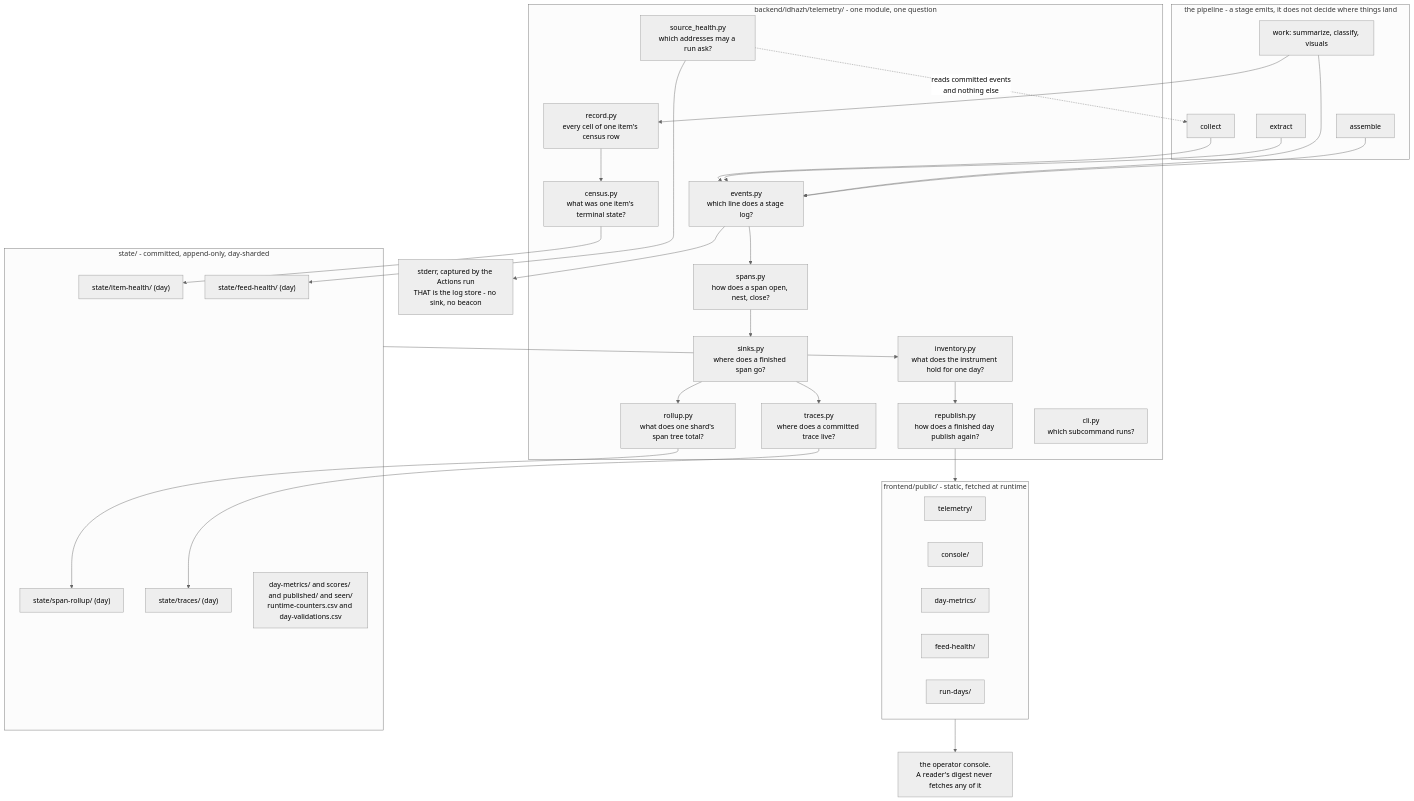
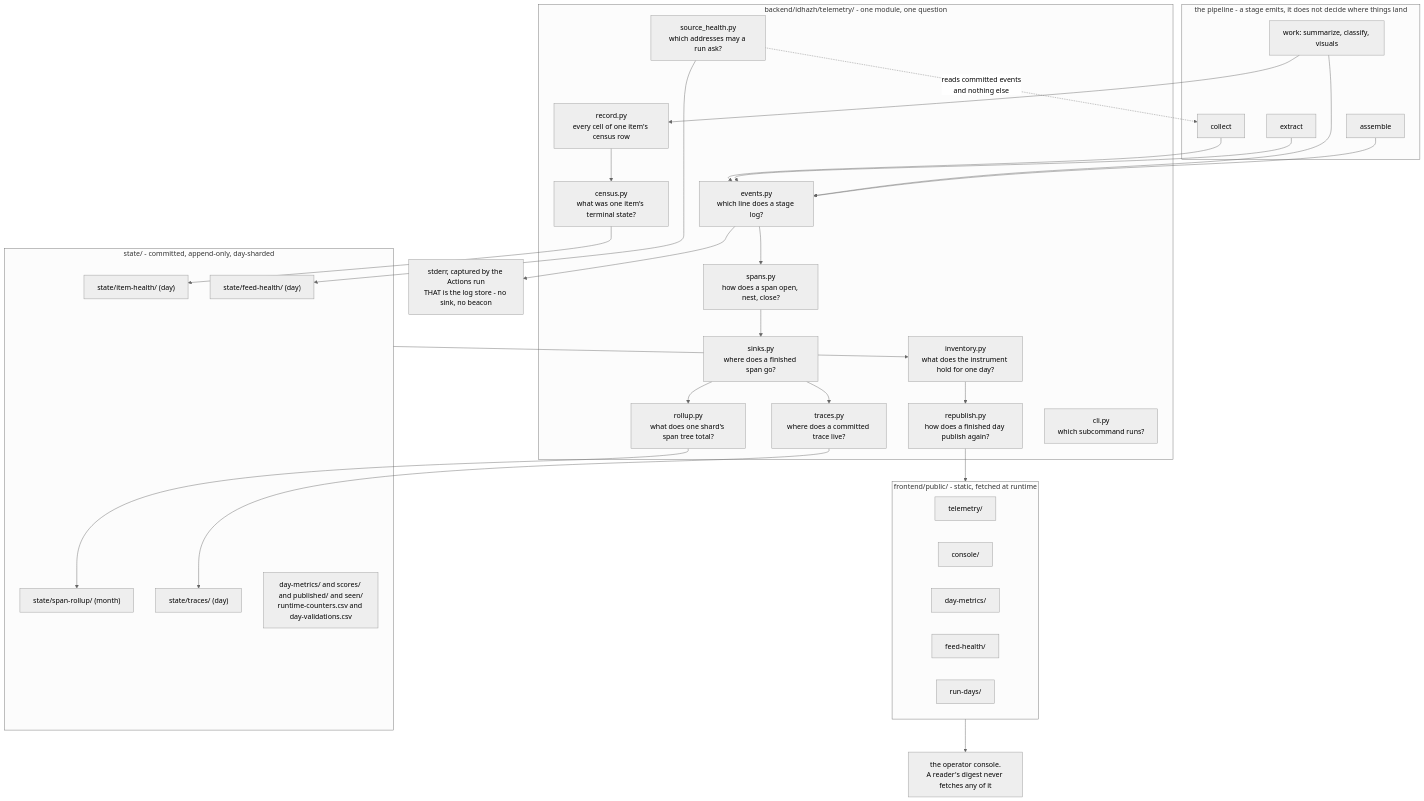
The diagram in docs/concepts/telemetry.md (miztiik/yen-idhazh), drawn with Mermaid (neutral theme) before and after one commit. The commit also changed other lines of this file and 9 other files, not shown here.

````diff
--- a/docs/concepts/telemetry.md
+++ b/docs/concepts/telemetry.md
@@ -17,64 +17,64 @@
 ```mermaid
 flowchart TD
   subgraph stages["the pipeline - a stage emits, it does not decide where things land"]
     collect["collect"]
     extract["extract"]
     work["work: summarize, classify, visuals"]
     assemble["assemble"]
   end
 
   collect --> events
   extract --> events
   work --> events
   assemble --> events
   work --> record
 
   subgraph pkg["backend/idhazh/telemetry/ - one module, one question"]
     events["events.py<br/>which line does a stage log?"]
     spans["spans.py<br/>how does a span open, nest, close?"]
     sinks["sinks.py<br/>where does a finished span go?"]
     record["record.py<br/>every cell of one item's census row"]
     census["census.py<br/>what was one item's terminal state?"]
     rollup["rollup.py<br/>what does one shard's span tree total?"]
     traces["traces.py<br/>where does a committed trace live?"]
     inventory["inventory.py<br/>what does the instrument hold for one day?"]
     health["source_health.py<br/>which addresses may a run ask?"]
     republish["republish.py<br/>how does a finished day publish again?"]
     cli["cli.py<br/>which subcommand runs?"]
   end
 
   events --> stderr["stderr, captured by the Actions run<br/>THAT is the log store - no sink, no beacon"]
   events --> spans --> sinks
   sinks --> traces
   sinks --> rollup
   record --> census
 
   census --> ih["state/item-health/ (day)"]
-  rollup --> sr["state/span-rollup/ (day)"]
+  rollup --> sr["state/span-rollup/ (month)"]
   traces --> tr["state/traces/ (day)"]
   health --> fh["state/feed-health/ (day)"]
 
   subgraph state["state/ - committed, append-only, day-sharded"]
     ih
     sr
     tr
     fh
     other["day-metrics/ and scores/ and published/ and seen/<br/>runtime-counters.csv and day-validations.csv"]
   end
 
   state --> inventory
   inventory --> republish
   republish --> pub
 
   subgraph pub["frontend/public/ - static, fetched at runtime"]
     telem["telemetry/"]
     cons["console/"]
     dm["day-metrics/"]
     fhp["feed-health/"]
     rd["run-days/"]
   end
 
   pub --> op["the operator console.<br/>A reader's digest never fetches any of it"]
 
   health -.->|"reads committed events<br/>and nothing else"| collect
 ```
````
